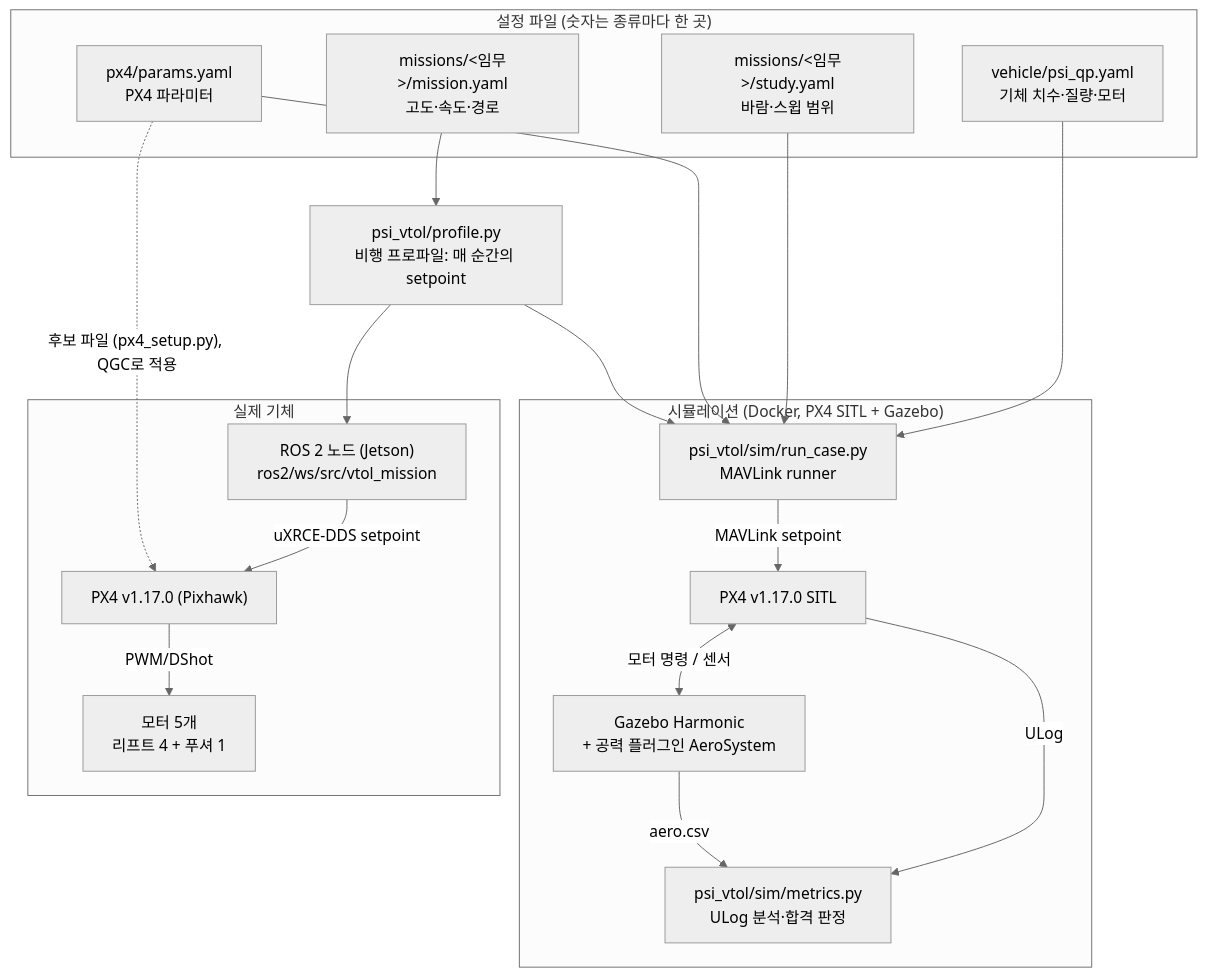
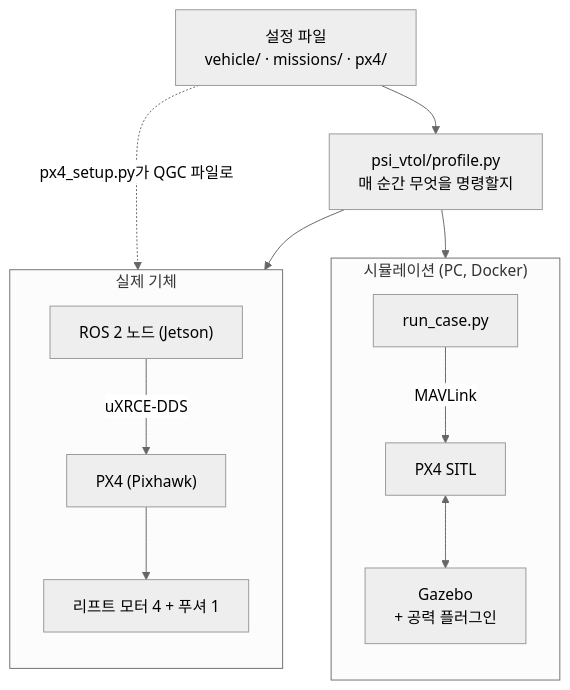
Before and after one commit to postech-psi/Aircraft-VTOL: the first of 6 diagrams in docs/00_architecture.md, drawn with Mermaid (neutral theme). The commit also changed other lines of this file and 4 other files, not shown here.

First line of the commit message:
Draw the architecture plainly and explain the route planner

````diff
--- a/docs/00_architecture.md
+++ b/docs/00_architecture.md
@@ -12,38 +12,22 @@
 ```mermaid
 flowchart TB
-    subgraph DATA["설정 파일 (숫자는 종류마다 한 곳)"]
-        V["vehicle/psi_qp.yaml<br/>기체 치수·질량·모터"]
-        M["missions/&lt;임무&gt;/mission.yaml<br/>고도·속도·경로"]
-        S["missions/&lt;임무&gt;/study.yaml<br/>바람·스윕 범위"]
-        PX["px4/params.yaml<br/>PX4 파라미터"]
-    end
+    CFG["설정 파일<br/>vehicle/ · missions/ · px4/"]
+    PROF["psi_vtol/profile.py<br/>매 순간 무엇을 명령할지"]
+    CFG --> PROF
 
-    PROF["psi_vtol/profile.py<br/>비행 프로파일: 매 순간의 setpoint"]
-
-    subgraph SIM["시뮬레이션 (Docker, PX4 SITL + Gazebo)"]
-        RUN["psi_vtol/sim/run_case.py<br/>MAVLink runner"]
-        SITL["PX4 v1.17.0 SITL"]
-        GZ["Gazebo Harmonic<br/>+ 공력 플러그인 AeroSystem"]
-        MET["psi_vtol/sim/metrics.py<br/>ULog 분석·합격 판정"]
+    subgraph SIM["시뮬레이션 (PC, Docker)"]
+        direction TB
+        RUN["run_case.py"] -- "MAVLink" --> SITL["PX4 SITL"]
+        SITL <--> GZ["Gazebo<br/>+ 공력 플러그인"]
     end
 
     subgraph REAL["실제 기체"]
-        ROS["ROS 2 노드 (Jetson)<br/>ros2/ws/src/vtol_mission"]
-        FC["PX4 v1.17.0 (Pixhawk)"]
-        MOT["모터 5개<br/>리프트 4 + 푸셔 1"]
+        direction TB
+        ROS["ROS 2 노드 (Jetson)"] -- "uXRCE-DDS" --> FC["PX4 (Pixhawk)"]
+        FC --> MOT["리프트 모터 4 + 푸셔 1"]
     end
 
-    M --> PROF
-    V --> RUN
-    S --> RUN
-    PX --> RUN
     PROF --> RUN
     PROF --> ROS
-    RUN -- "MAVLink setpoint" --> SITL
-    SITL <-- "모터 명령 / 센서" --> GZ
-    SITL -- "ULog" --> MET
-    GZ -- "aero.csv" --> MET
-    ROS -- "uXRCE-DDS setpoint" --> FC
-    FC -- "PWM/DShot" --> MOT
-    PX -. "후보 파일 (px4_setup.py), QGC로 적용" .-> FC
+    CFG -. "px4_setup.py가 QGC 파일로" .-> FC
 ```
````
